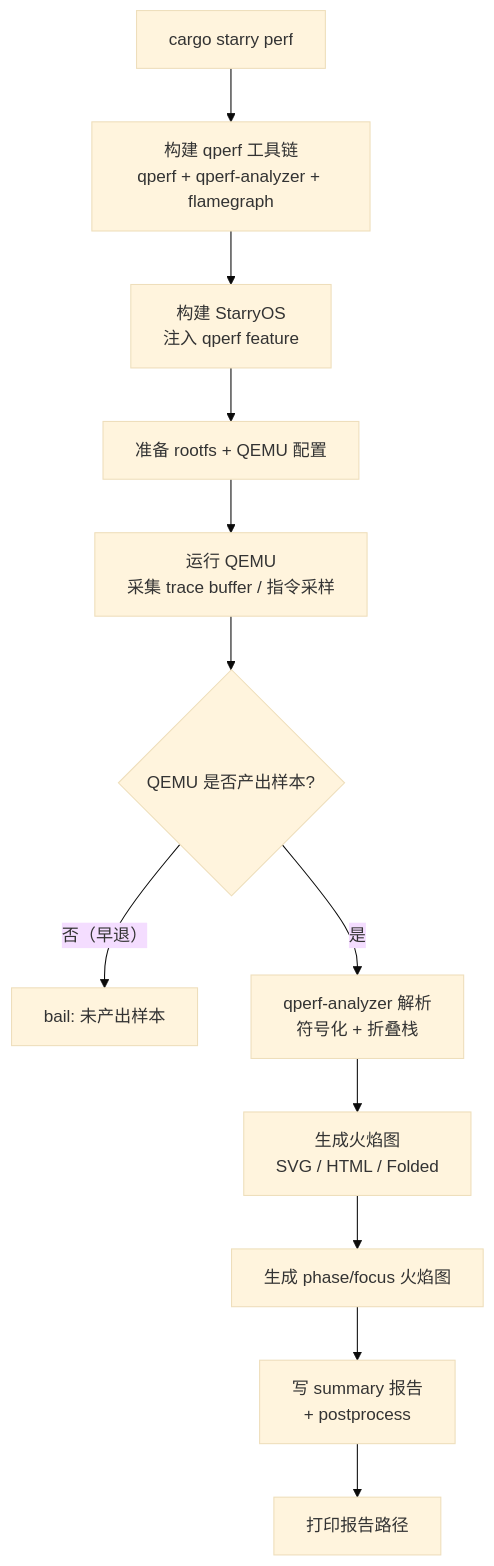
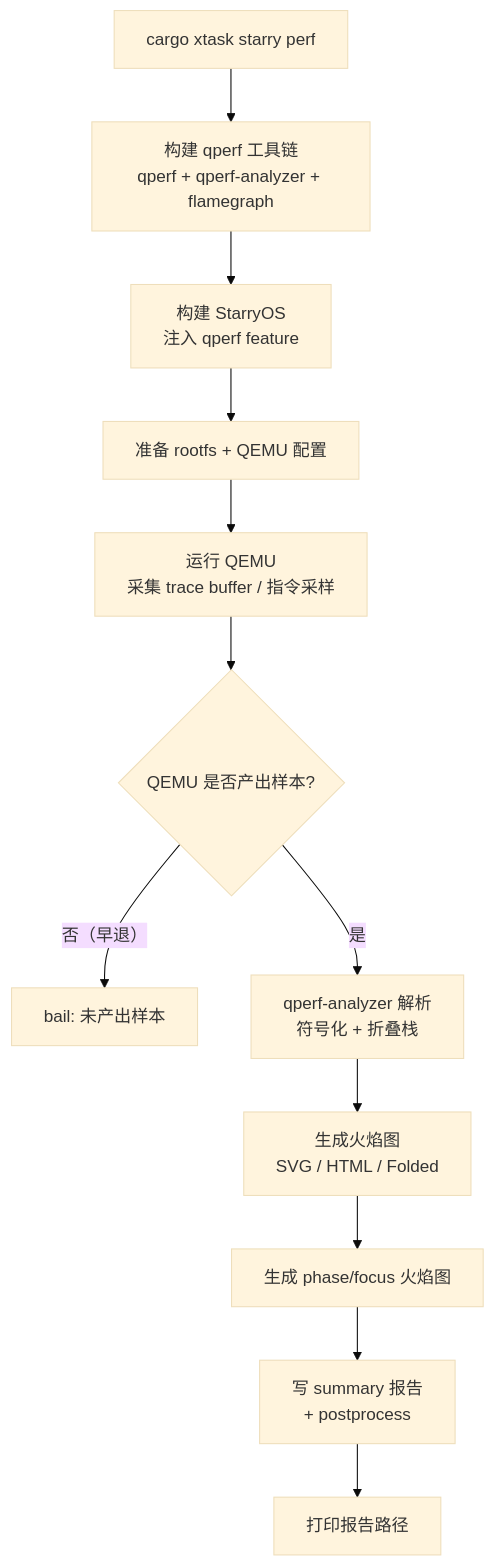
One commit to 451846939/tgoskits changed the diagram in docs/docs/build/starry/perf.md. Above: the diagram before and after it, drawn with Mermaid (base theme). The commit also changed other lines of this file and 23 other files, not shown here.

````diff
--- a/docs/docs/build/starry/perf.md
+++ b/docs/docs/build/starry/perf.md
@@ -17,14 +19,14 @@
 ```mermaid
 flowchart TD
-    A["cargo starry perf"] --> B["构建 qperf 工具链<br/>qperf + qperf-analyzer + flamegraph"]
+    A["cargo xtask starry perf"] --> B["构建 qperf 工具链<br/>qperf + qperf-analyzer + flamegraph"]
     B --> C["构建 StarryOS<br/>注入 qperf feature"]
     C --> D["准备 rootfs + QEMU 配置"]
     D --> E["运行 QEMU<br/>采集 trace buffer / 指令采样"]
     E --> F{"QEMU 是否产出样本?"}
     F -->|"否（早退）"| ERR["bail: 未产出样本"]
     F -->|"是"| G["qperf-analyzer 解析<br/>符号化 + 折叠栈"]
     G --> H["生成火焰图<br/>SVG / HTML / Folded"]
     H --> I["生成 phase/focus 火焰图"]
     I --> J["写 summary 报告<br/>+ postprocess"]
     J --> K["打印报告路径"]
 ```
````
